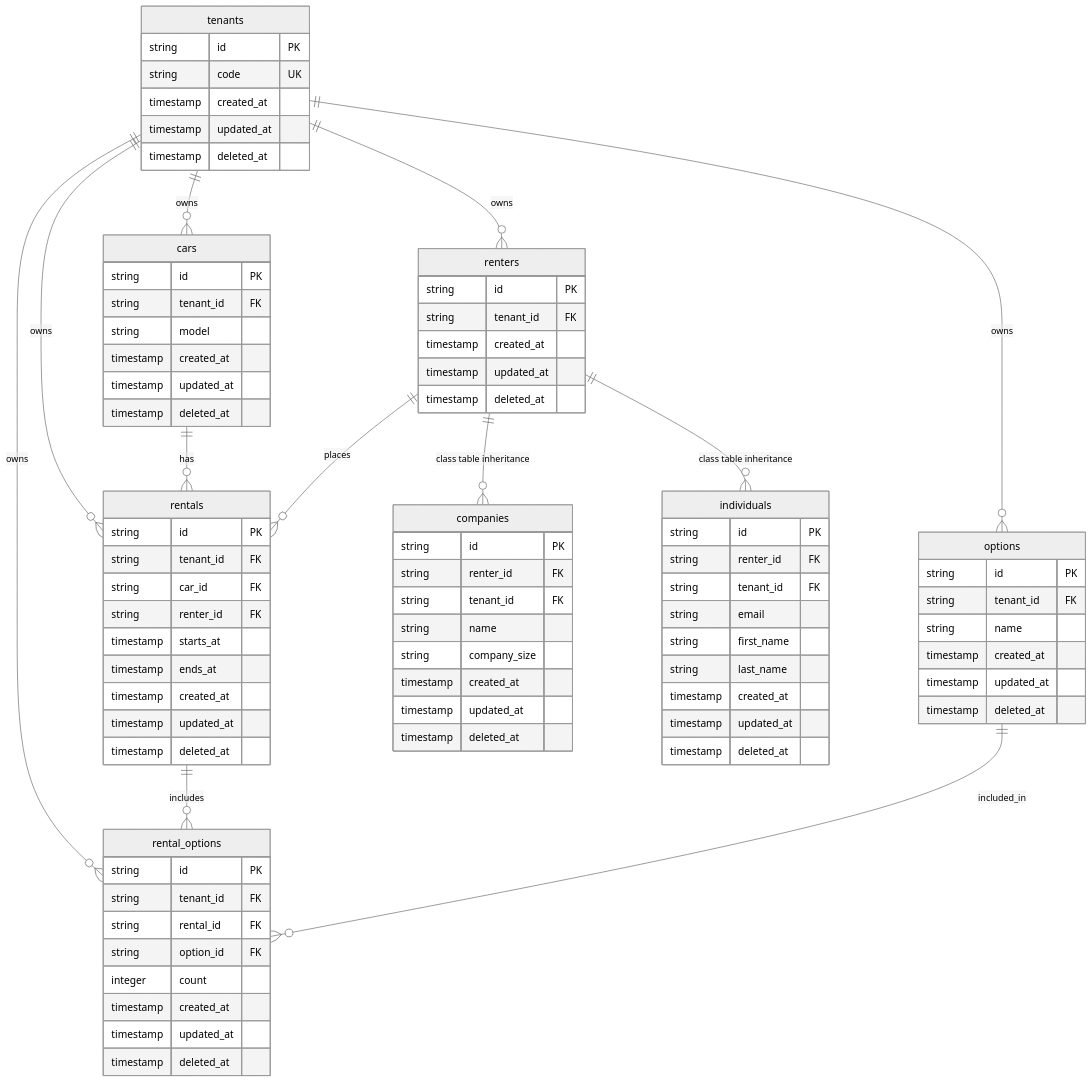
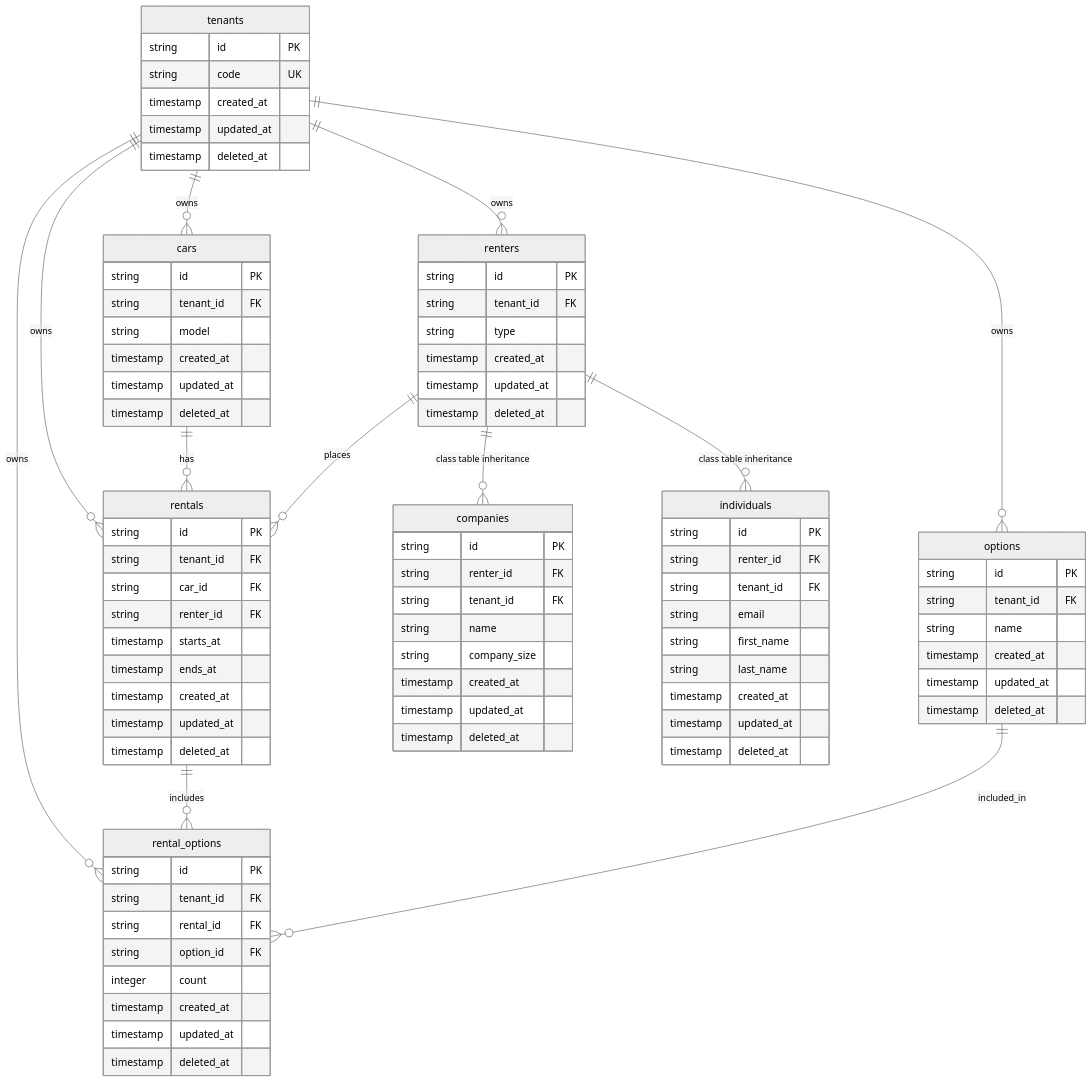
The second of 2 diagrams in docs/er-diagram.md (jp-ryuji/go-arch-patterns), drawn with Mermaid (neutral theme) before and after one commit. The commit also changed other lines of this file, not shown here.

```diff
--- a/docs/er-diagram.md
+++ b/docs/er-diagram.md
@@ -95,6 +93,7 @@
     renters {
         string id PK
         string tenant_id FK
+        string type
         timestamp created_at
         timestamp updated_at
         timestamp deleted_at
```
